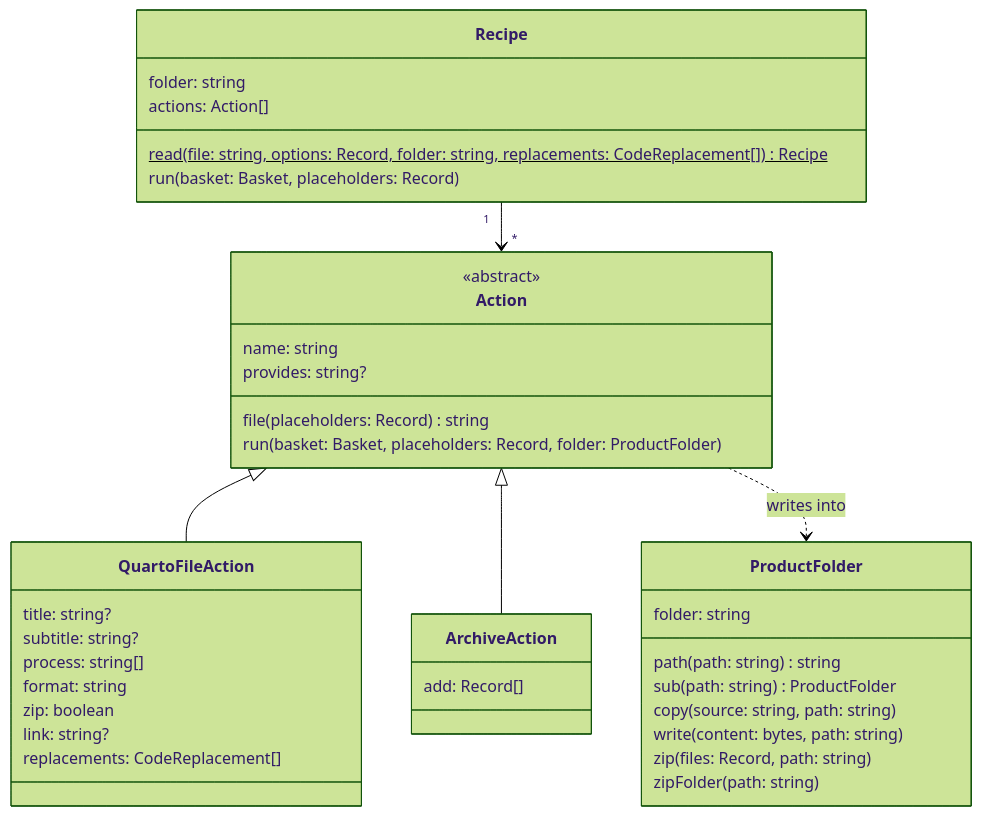
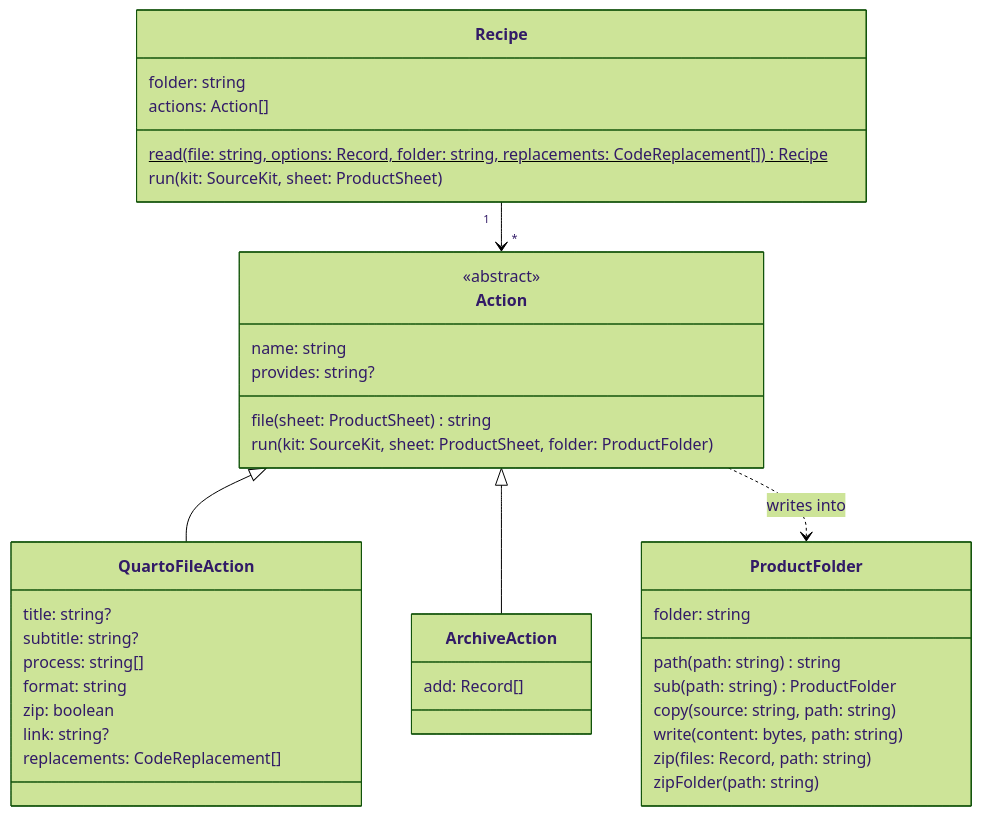
Before and after one commit to matthiasbaitsch/quarto-loi-moi: the fifth of 6 diagrams in DESIGN.md, drawn with Mermaid (forest theme). The commit also changed other lines of this file and 2 other files, not shown here.

First line of the commit message:
SPEC, DESIGN: compartment, shelf, product sheet, settings in two files

````diff
--- a/DESIGN.md
+++ b/DESIGN.md
@@ -267,42 +253,42 @@
 ```mermaid
 classDiagram
   direction TD
   Recipe "1" --> "*" Action
   Action <|-- QuartoFileAction
   Action <|-- ArchiveAction
   Action ..> ProductFolder : writes into
   class Recipe {
     folder: string
     actions: Action[]
     read(file: string, options: Record, folder: string, replacements: CodeReplacement[])$ Recipe
-    run(basket: Basket, placeholders: Record)
+    run(kit: SourceKit, sheet: ProductSheet)
   }
   class Action {
     <<abstract>>
     name: string
     provides: string?
-    file(placeholders: Record) string
-    run(basket: Basket, placeholders: Record, folder: ProductFolder)
+    file(sheet: ProductSheet) string
+    run(kit: SourceKit, sheet: ProductSheet, folder: ProductFolder)
   }
   class QuartoFileAction {
     title: string?
     subtitle: string?
     process: string[]
     format: string
     zip: boolean
     link: string?
     replacements: CodeReplacement[]
   }
   class ArchiveAction {
     add: Record[]
   }
   class ProductFolder {
     folder: string
     path(path: string) string
     sub(path: string) ProductFolder
     copy(source: string, path: string)
     write(content: bytes, path: string)
     zip(files: Record, path: string)
     zipFolder(path: string)
   }
 ```
````
